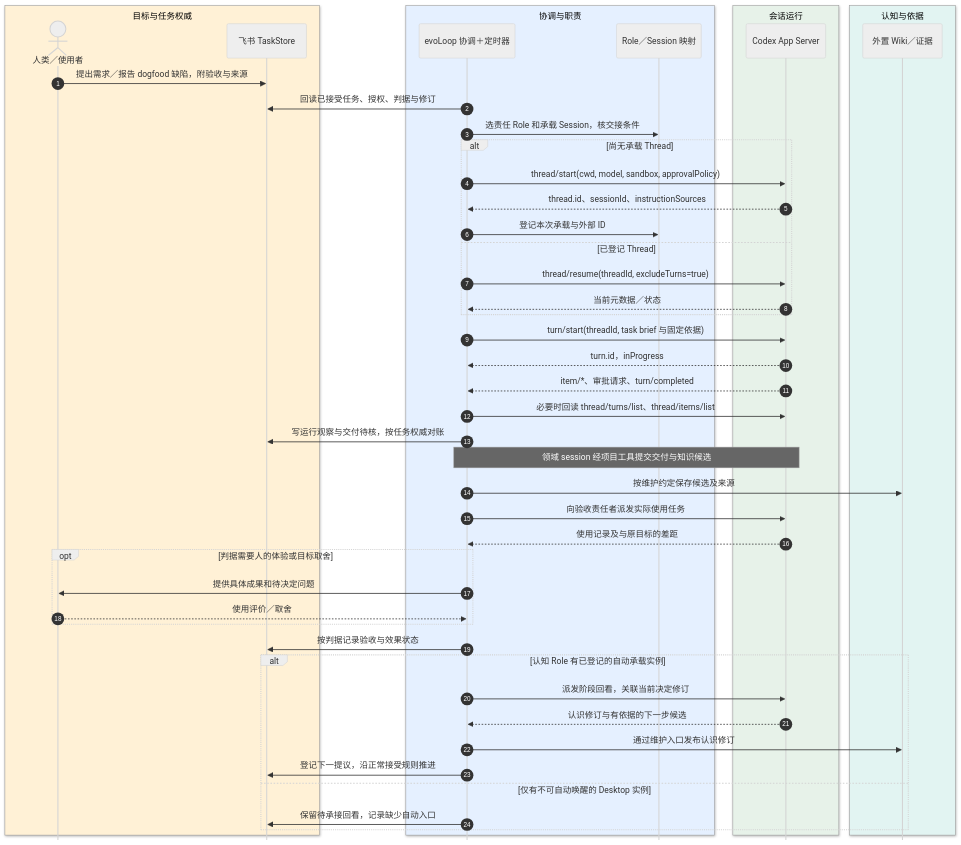
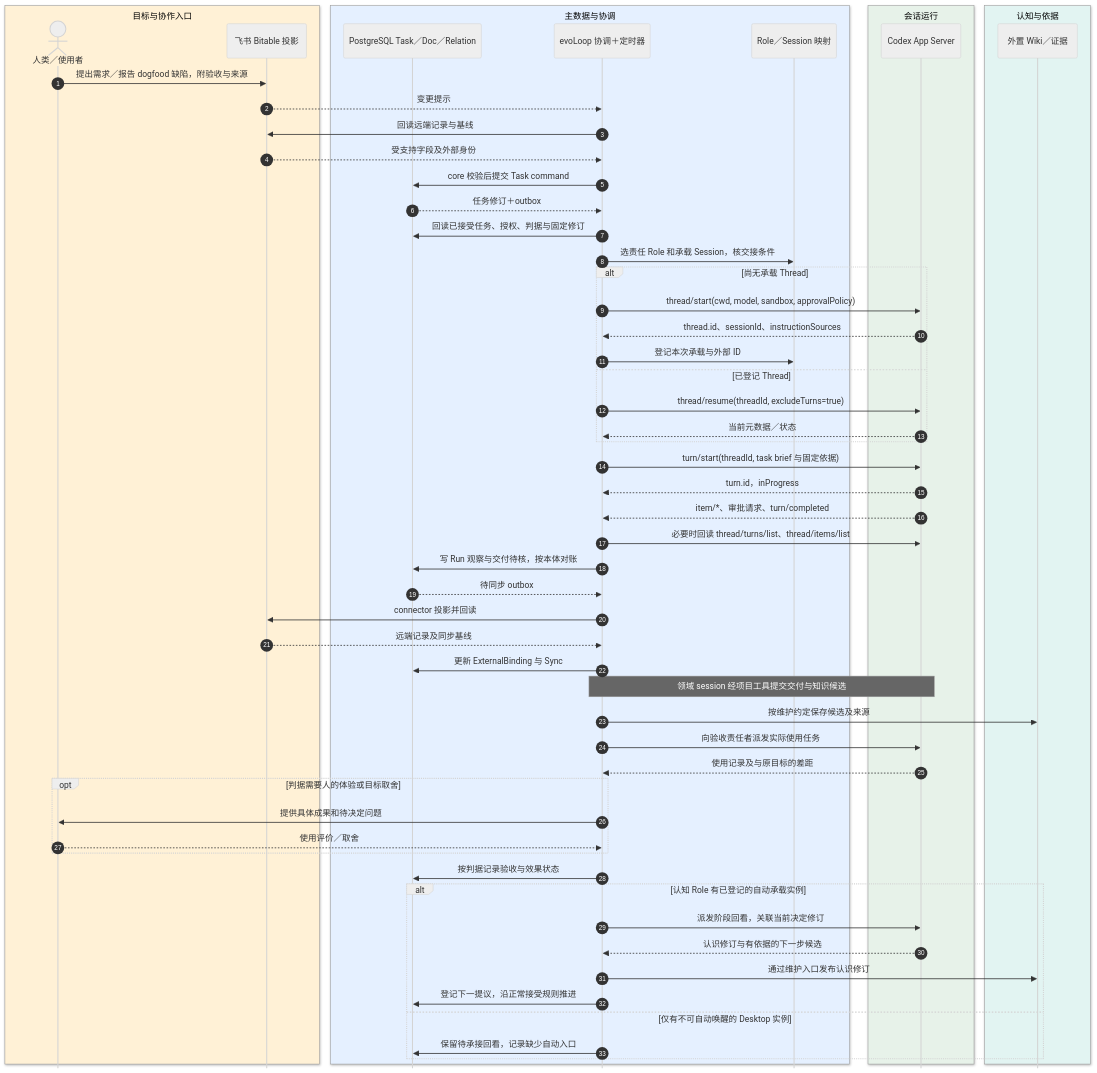
Before and after one commit to cyl19970726/evoLoop: the diagram in docs/architecture/codex-integration.md, drawn with Mermaid (neutral theme). The commit also changed other lines of this file and 20 other files, not shown here.

````diff
--- a/docs/architecture/codex-integration.md
+++ b/docs/architecture/codex-integration.md
@@ -13,52 +15,62 @@
 ```mermaid
 %%{init: {"sequence":{"mirrorActors":false,"messageMargin":30}}}%%
 sequenceDiagram
   autonumber
-  box rgb(255,241,214) 目标与任务权威
+  box rgb(255,241,214) 目标与协作入口
   actor H as 人类／使用者
-  participant F as 飞书 TaskStore
+  participant F as 飞书 Bitable 投影
   end
-  box rgb(229,240,255) 协调与职责
+  box rgb(229,240,255) 主数据与协调
+  participant P as PostgreSQL Task／Doc／Relation
   participant C as evoLoop 协调＋定时器
   participant R as Role／Session 映射
   end
   box rgb(231,242,233) 会话运行
   participant A as Codex App Server
   end
   box rgb(226,244,242) 认知与依据
   participant K as 外置 Wiki／证据
   end
   H->>F: 提出需求／报告 dogfood 缺陷，附验收与来源
-  C->>F: 回读已接受任务、授权、判据与修订
+  F-->>C: 变更提示
+  C->>F: 回读远端记录与基线
+  F-->>C: 受支持字段及外部身份
+  C->>P: core 校验后提交 Task command
+  P-->>C: 任务修订＋outbox
+  C->>P: 回读已接受任务、授权、判据与固定修订
   C->>R: 选责任 Role 和承载 Session，核交接条件
   alt 尚无承载 Thread
     C->>A: thread/start(cwd, model, sandbox, approvalPolicy)
     A-->>C: thread.id、sessionId、instructionSources
     C->>R: 登记本次承载与外部 ID
   else 已登记 Thread
     C->>A: thread/resume(threadId, excludeTurns=true)
     A-->>C: 当前元数据／状态
   end
   C->>A: turn/start(threadId, task brief 与固定依据)
   A-->>C: turn.id，inProgress
   A-->>C: item/*、审批请求、turn/completed
   C->>A: 必要时回读 thread/turns/list、thread/items/list
-  C->>F: 写运行观察与交付待核，按任务权威对账
+  C->>P: 写 Run 观察与交付待核，按本体对账
+  P-->>C: 待同步 outbox
+  C->>F: connector 投影并回读
+  F-->>C: 远端记录及同步基线
+  C->>P: 更新 ExternalBinding 与 Sync
   Note over C,A: 领域 session 经项目工具提交交付与知识候选
   C->>K: 按维护约定保存候选及来源
   C->>A: 向验收责任者派发实际使用任务
   A-->>C: 使用记录及与原目标的差距
   opt 判据需要人的体验或目标取舍
     C->>H: 提供具体成果和待决定问题
     H-->>C: 使用评价／取舍
   end
-  C->>F: 按判据记录验收与效果状态
+  C->>P: 按判据记录验收与效果状态
   alt 认知 Role 有已登记的自动承载实例
     C->>A: 派发阶段回看，关联当前决定修订
     A-->>C: 认识修订与有依据的下一步候选
     C->>K: 通过维护入口发布认识修订
-    C->>F: 登记下一提议，沿正常接受规则推进
+    C->>P: 登记下一提议，沿正常接受规则推进
   else 仅有不可自动唤醒的 Desktop 实例
-    C->>F: 保留待承接回看，记录缺少自动入口
+    C->>P: 保留待承接回看，记录缺少自动入口
   end
 ```
````
